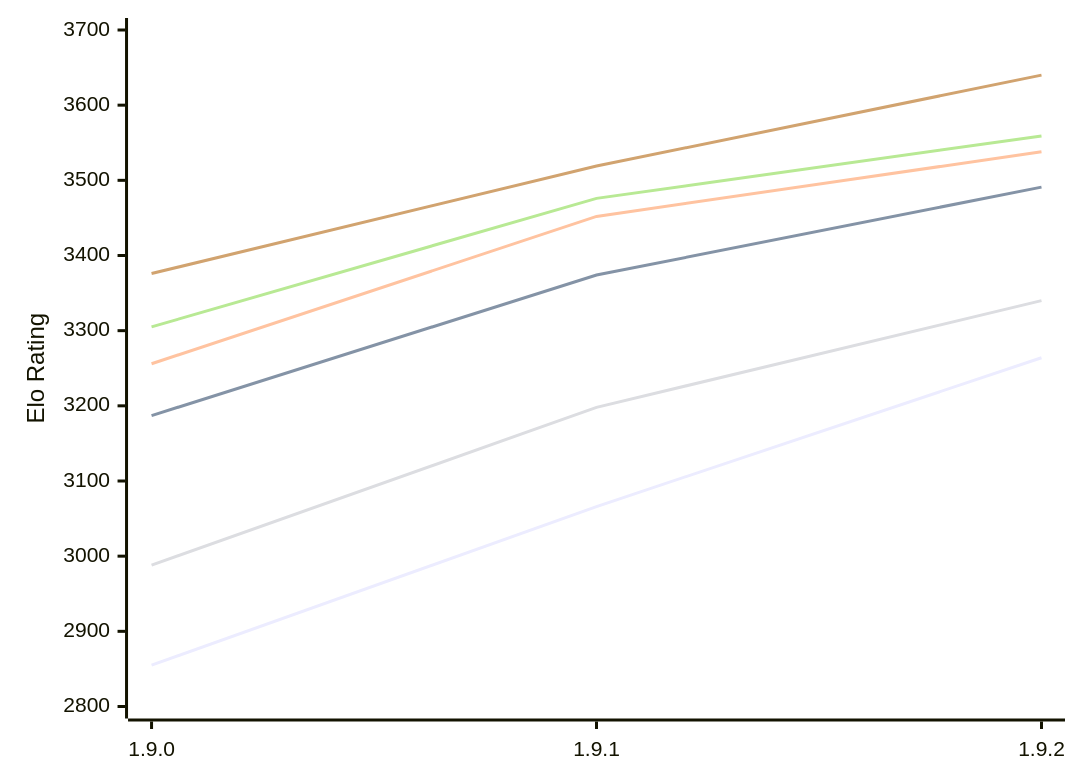
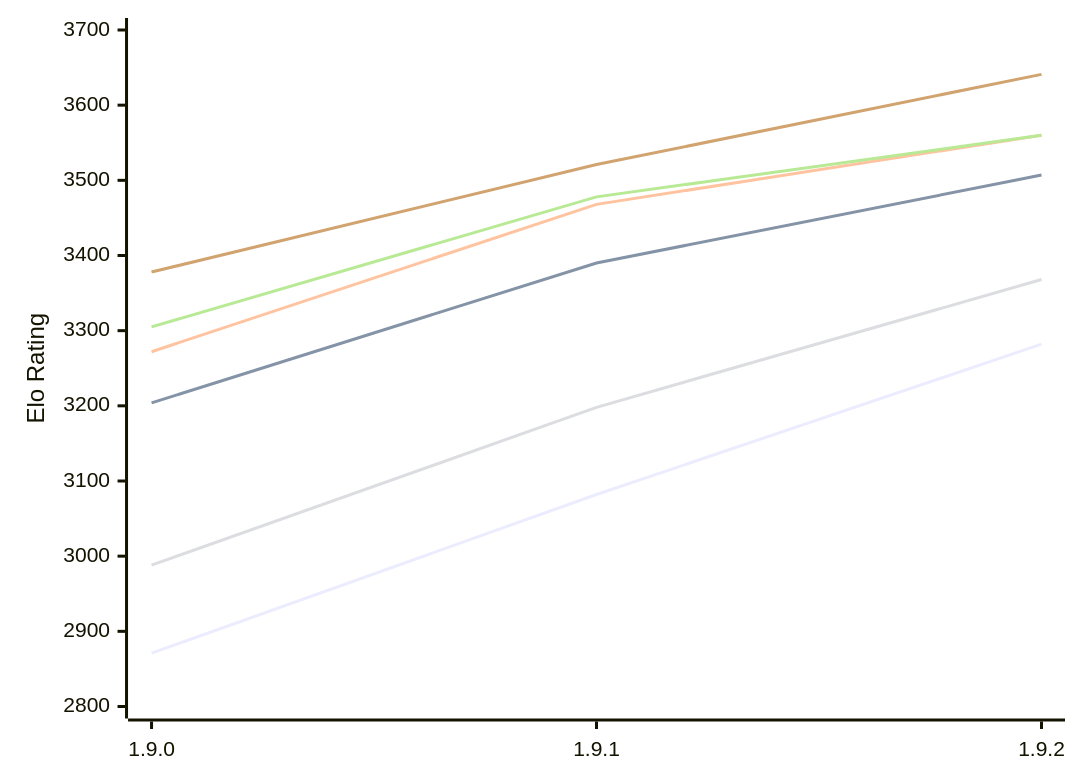
Before and after one commit to computer-chess-index/cci: the diagram in engines/Superpawn.md, drawn with Mermaid. The commit also changed other lines of this file, not shown here.

Commit message:
Update CCI Ratings (ELO VLTC) - 2026-11-11

````diff
--- a/engines/Superpawn.md
+++ b/engines/Superpawn.md
@@ -51,12 +51,12 @@
 ```mermaid
 %%{init: {"theme":"base","themeVariables":{"seriesColors:['#a3a3a3','#222221','#faa371']}}}%%
 xychart-beta
   x-axis ["1.9.0", "1.9.1", "1.9.2"]
   y-axis "Elo Rating" 2800 --> 3700
-  line "E1: STC (8.0+0.08s)" [2855, 3066, 3264]
-  line "E1: LTC (60.0+0.60s)" [3187, 3374, 3491]
-  line "E1: VLTC (2m24s+1.12s)" [3256, 3452, 3538]
-  line "P1: STC (8.0+0.08s)" [2988, 3198, 3340]
-  line "P1: LTC (60.0+0.60s)" [3305, 3476, 3559]
-  line "P1: VLTC (2m24s+1.12s)" [3376, 3519, 3640]
+  line "E1: STC (8.0+0.08s)" [2871, 3082, 3282]
+  line "E1: LTC (60.0+0.60s)" [3204, 3390, 3507]
+  line "E1: VLTC (2m24s+1.12s)" [3272, 3468, 3560]
+  line "P1: STC (8.0+0.08s)" [2988, 3198, 3368]
+  line "P1: LTC (60.0+0.60s)" [3305, 3478, 3560]
+  line "P1: VLTC (2m24s+1.12s)" [3378, 3521, 3641]
 ```
````
